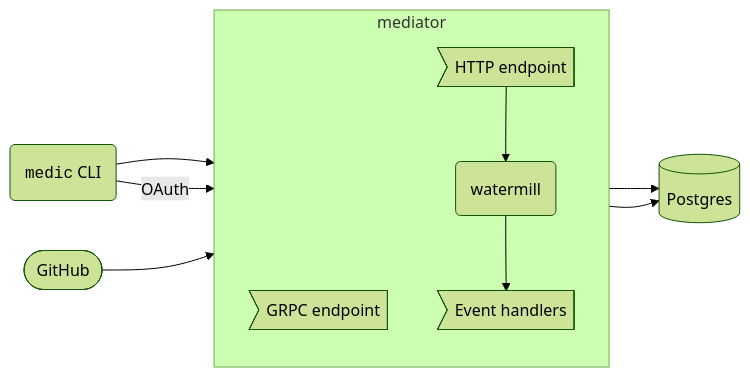
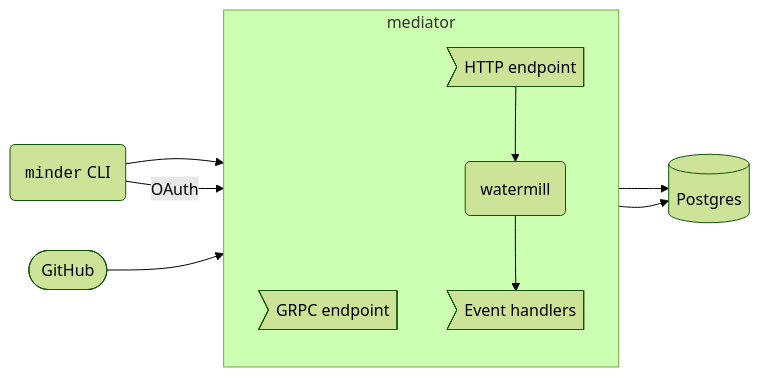
One commit to mindersec/minder changed the diagram in docs/docs/developer_guide/architecture.md. Above: the diagram before and after it, drawn with Mermaid (forest theme). The commit also changed 110 other files, not shown here.

````diff
--- a/docs/docs/developer_guide/architecture.md
+++ b/docs/docs/developer_guide/architecture.md
@@ -15,35 +15,35 @@
 ```mermaid
 flowchart LR
     subgraph mediator
         %% flow from top to bottom
         direction TB
 
         grpc>GRPC endpoint]
         click grpc "/api" "GRPC auto-generated documentation"
         web>HTTP endpoint]
         click web "https://github.com/stacklok/mediator/blob/main/internal/controlplane/server.go#L210" "Webserver URL registration code"
         events("watermill")
         click events "https://watermill.io/docs" "Watermill event processing library"
 
         handler>Event handlers]
         click handler "https://github.com/stacklok/mediator/blob/main/cmd/server/app/serve.go#L69" "Registered event handlers"
     end
 
     cloud([GitHub])
-    cli("<code>medic</code> CLI")
+    cli("<code>minder</code> CLI")
     click cli "https://github.com/stacklok/mediator/tree/main/cmd/cli"
 
     db[(Postgres)]
     click postgres "/db/mediator_db_schema" "Database schema"
 
     cli --> grpc
     cli --OAuth--> web
     cloud --> web
 
     grpc --> db
     web --> db
 
     web --> events
 
     events --> handler
 ```
````
